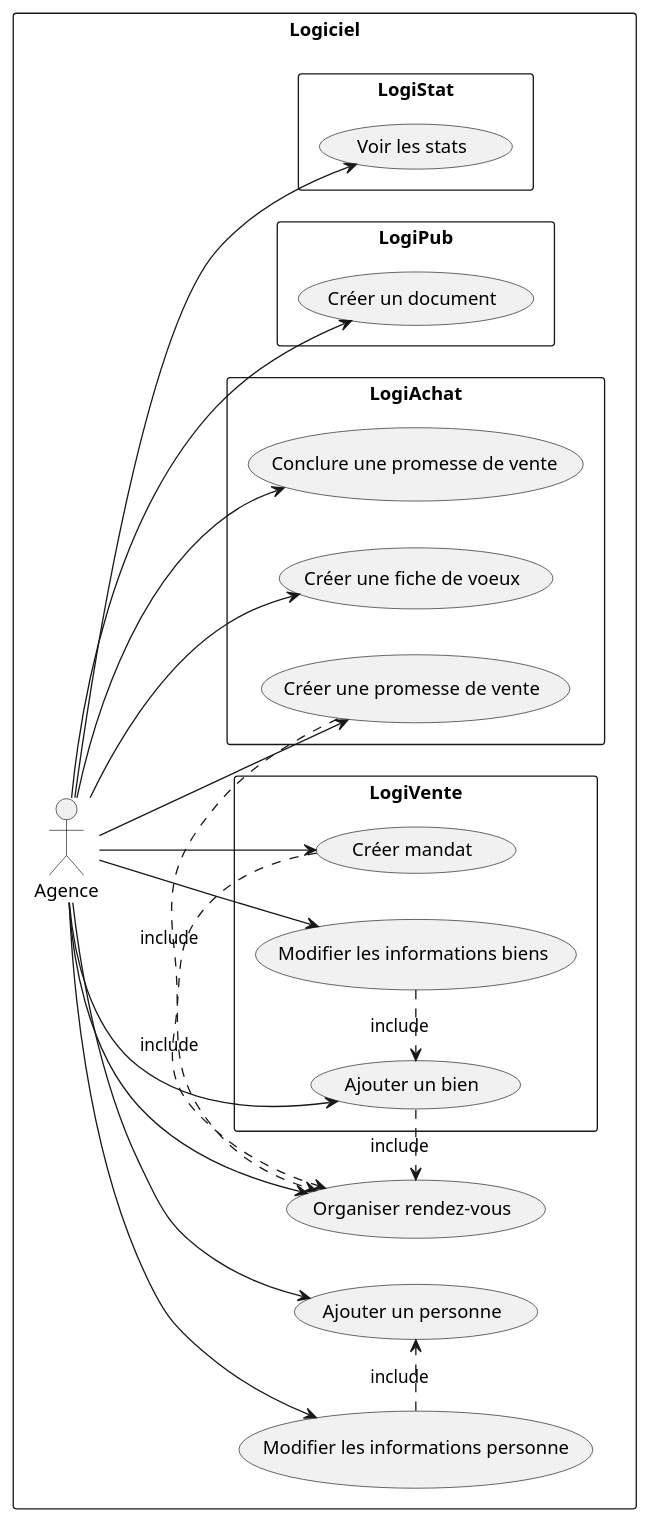
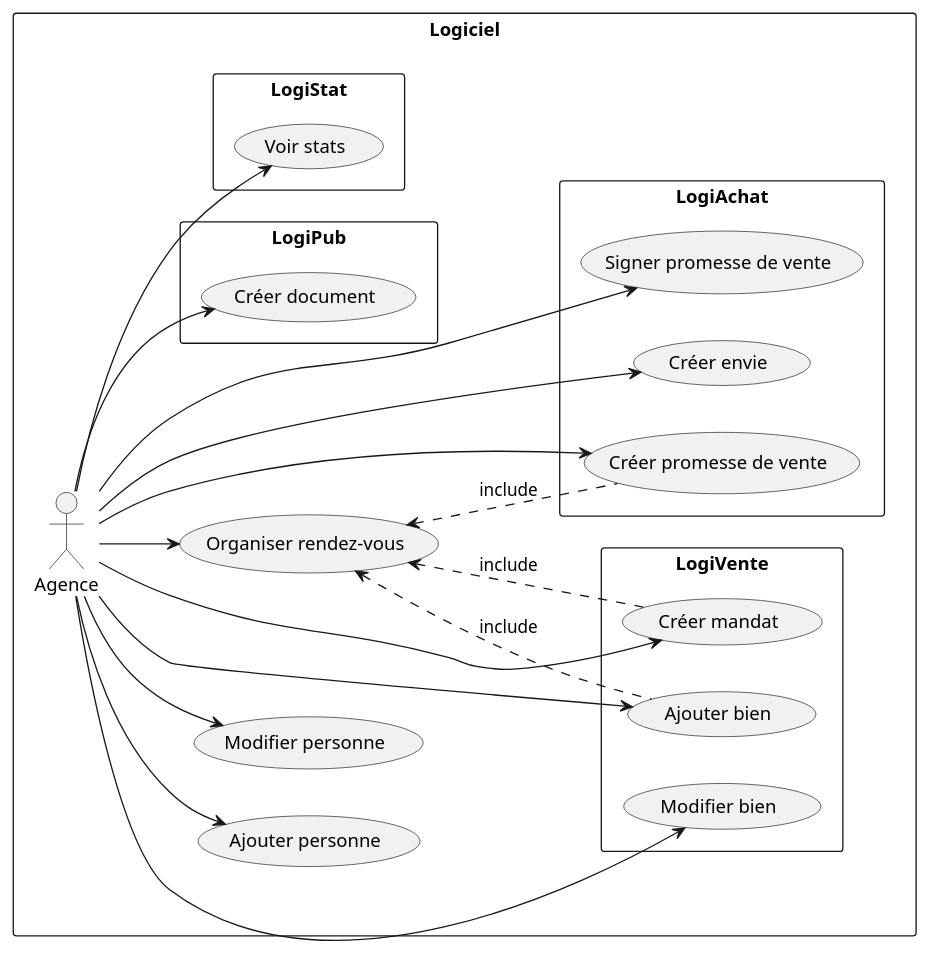
Before and after one commit to DenisGuiraudet/MIASHS_UML_PTUT: the diagram in DOC/UML/diagUseCase.plantuml, drawn with PlantUML. The commit also changed other lines of this file and 5 other files, not shown here.

```diff
--- a/DOC/UML/diagUseCase.plantuml
+++ b/DOC/UML/diagUseCase.plantuml
@@ -1,39 +2,39 @@
 @startuml
+
 left to right direction
-
 
 rectangle "Logiciel" {
 
-    Agence --> (Ajouter un personne)
-    Agence --> (Modifier les informations personne)
-    (Modifier les informations personne) .> (Ajouter un personne) : include
-    Agence --> (Organiser rendez-vous)
+  (Organiser rendez-vous)
 
+  Agence --> (Ajouter personne)
+  Agence --> (Modifier personne)
+  Agence --> (Organiser rendez-vous)
 
-    rectangle "LogiVente"{
-        Agence --> (Ajouter un bien)
-        (Ajouter un bien) .> (Organiser rendez-vous) : include
-        Agence --> (Modifier les informations biens)
-        (Modifier les informations biens) .> (Ajouter un bien) : include
-        Agence --> (Créer mandat)
-        (Créer mandat) .> (Organiser rendez-vous) : include
+  rectangle "LogiVente"{
+    Agence --> (Ajouter bien)
+    (Ajouter bien) .up.> (Organiser rendez-vous) : include
+    Agence --> (Modifier bien)
+    Agence --> (Créer mandat)
+    (Créer mandat) .up.> (Organiser rendez-vous) : include
+  }
 
-    }
-    rectangle "LogiAchat"{
-        Agence --> (Créer une fiche de voeux)
-        Agence --> (Créer une promesse de vente)
-        (Créer une promesse de vente) .> (Organiser rendez-vous) : include
-        Agence --> (Conclure une promesse de vente)
-    }
+  rectangle "LogiAchat"{
+    Agence --> (Créer promesse de vente)
+    Agence --> (Créer envie)
+    (Créer promesse de vente) .up.> (Organiser rendez-vous) : include
+    Agence --> (Signer promesse de vente)
+  }
 
-    rectangle "LogiPub"{
-        Agence --> (Créer un document)
-    }
-    rectangle "LogiStat"{
-        Agence --> (Voir les stats)
-    }
+  rectangle "LogiPub"{
+    Agence --> (Créer document)
+  }
+
+  rectangle "LogiStat"{
+    Agence --> (Voir stats)
+  }
 
 }
 
 
 @enduml
```
